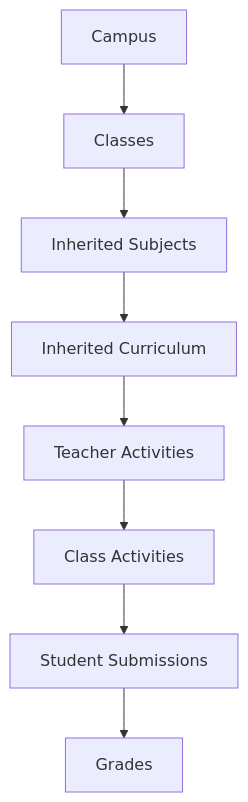
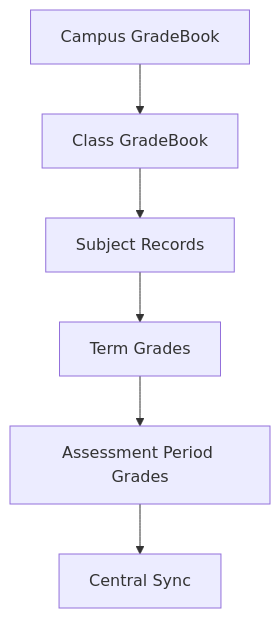
The second of 5 diagrams in Campus implimenttaion folow.md (Tekmindlabs/LXP-16-02-25-campus), drawn with Mermaid before and after one commit. The commit also changed other lines of this file and 14 other files, not shown here.

````diff
--- a/Campus implimenttaion folow.md
+++ b/Campus implimenttaion folow.md
@@ -118,10 +41,8 @@
 ```mermaid
 graph TD
-    A[Campus] --> B[Classes]
-    B --> C[Inherited Subjects]
-    C --> D[Inherited Curriculum]
-    D --> E[Teacher Activities]
-    E --> F[Class Activities]
-    F --> G[Student Submissions]
-    G --> H[Grades]
+    A[Campus GradeBook] --> B[Class GradeBook]
+    B --> C[Subject Records]
+    C --> D[Term Grades]
+    D --> E[Assessment Period Grades]
+    E --> F[Central Sync]
 ```
````
